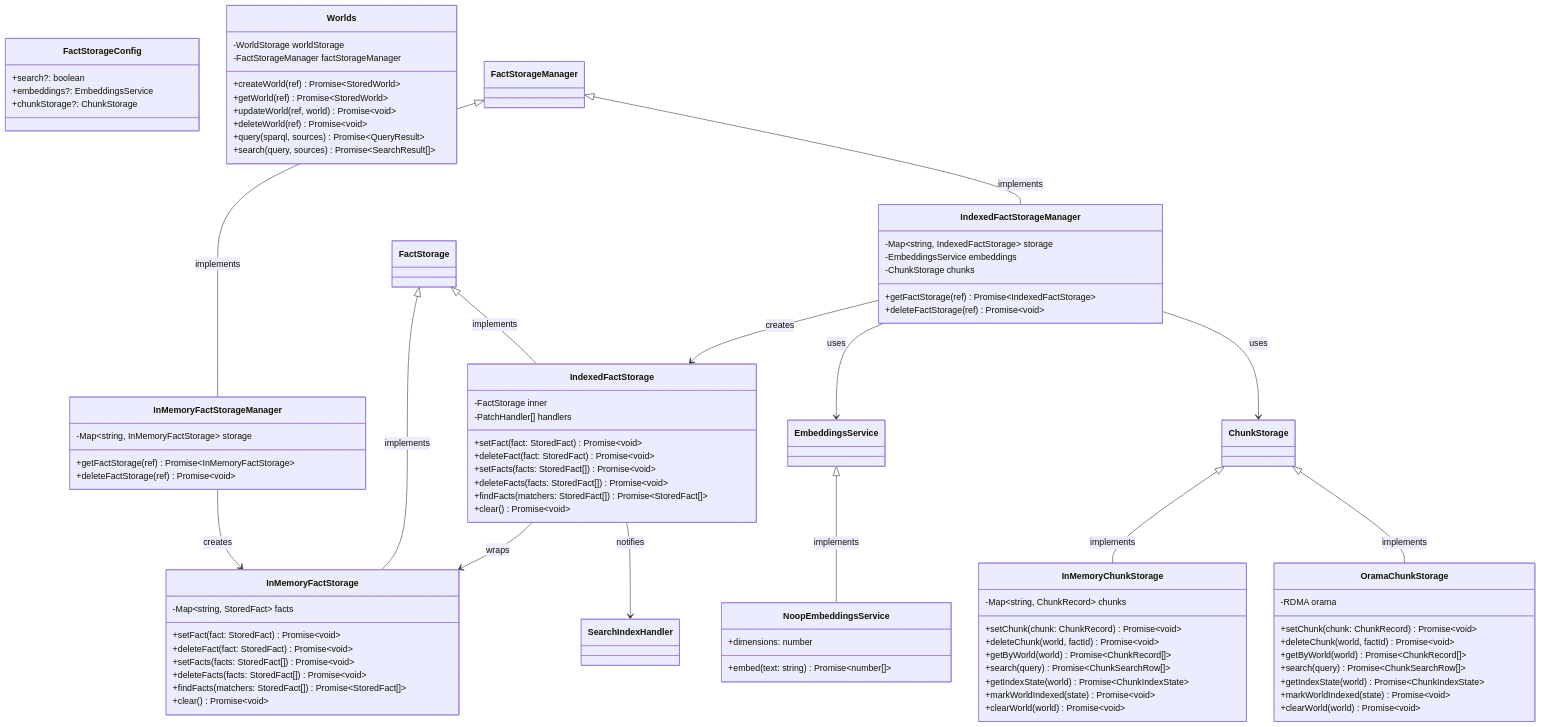
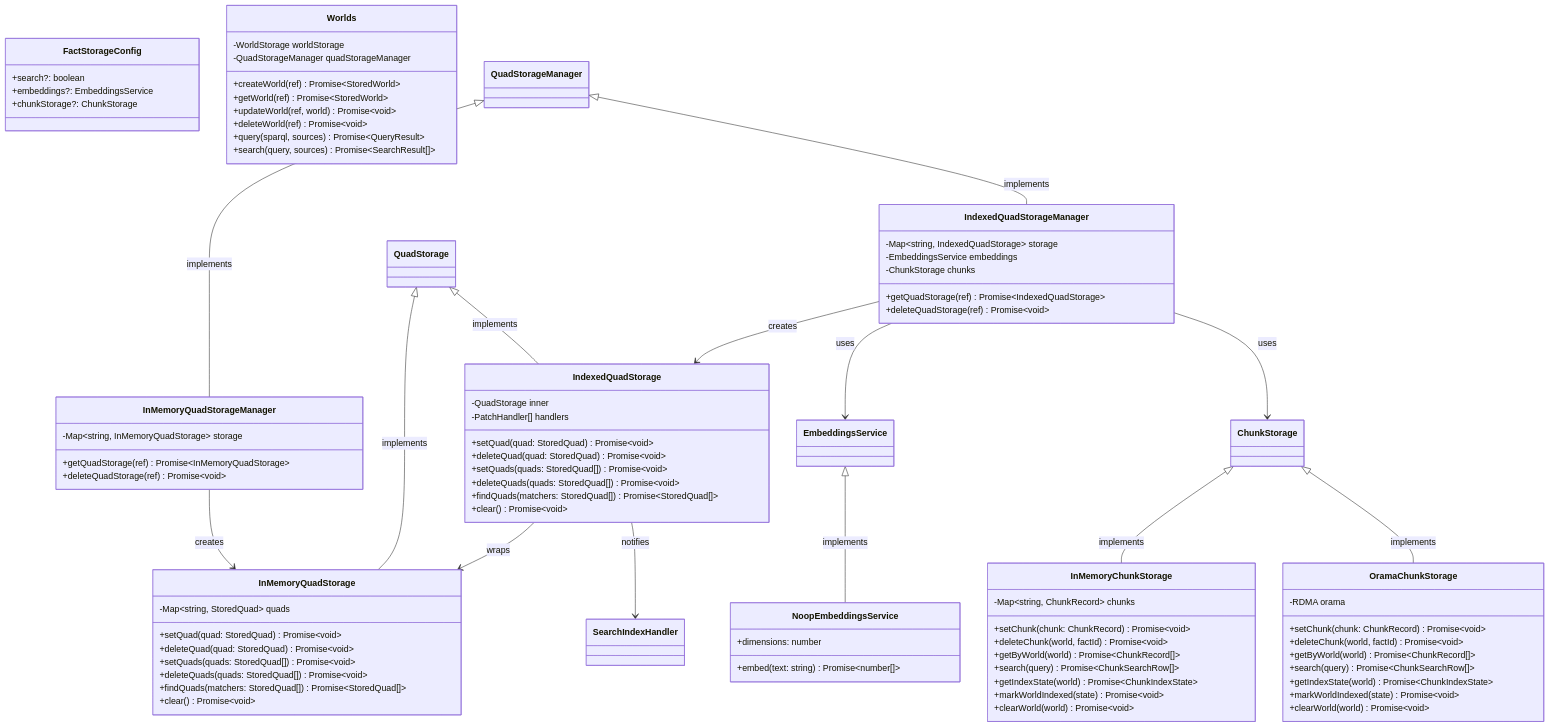
One commit to wazootech/worlds-api changed the fourth of 5 diagrams in docs/ARCHITECTURE.md. Above: the diagram before and after it, drawn with Mermaid. The commit also changed other lines of this file and 27 other files, not shown here.

First line of the commit message:
refactor: rename fact storage APIs to quad storage

```diff
--- a/docs/ARCHITECTURE.md
+++ b/docs/ARCHITECTURE.md
@@ -216,39 +216,39 @@
         +chunkStorage?: ChunkStorage
     }
     
-    class InMemoryFactStorage {
-        -Map~string, StoredFact~ facts
-        +setFact(fact: StoredFact) Promise~void~
-        +deleteFact(fact: StoredFact) Promise~void~
-        +setFacts(facts: StoredFact[]) Promise~void~
-        +deleteFacts(facts: StoredFact[]) Promise~void~
-        +findFacts(matchers: StoredFact[]) Promise~StoredFact[]~
+    class InMemoryQuadStorage {
+        -Map~string, StoredQuad~ quads
+        +setQuad(quad: StoredQuad) Promise~void~
+        +deleteQuad(quad: StoredQuad) Promise~void~
+        +setQuads(quads: StoredQuad[]) Promise~void~
+        +deleteQuads(quads: StoredQuad[]) Promise~void~
+        +findQuads(matchers: StoredQuad[]) Promise~StoredQuad[]~
         +clear() Promise~void~
     }
     
-    class IndexedFactStorage {
-        -FactStorage inner
+    class IndexedQuadStorage {
+        -QuadStorage inner
         -PatchHandler[] handlers
-        +setFact(fact: StoredFact) Promise~void~
-        +deleteFact(fact: StoredFact) Promise~void~
-        +setFacts(facts: StoredFact[]) Promise~void~
-        +deleteFacts(facts: StoredFact[]) Promise~void~
-        +findFacts(matchers: StoredFact[]) Promise~StoredFact[]~
+        +setQuad(quad: StoredQuad) Promise~void~
+        +deleteQuad(quad: StoredQuad) Promise~void~
+        +setQuads(quads: StoredQuad[]) Promise~void~
+        +deleteQuads(quads: StoredQuad[]) Promise~void~
+        +findQuads(matchers: StoredQuad[]) Promise~StoredQuad[]~
         +clear() Promise~void~
     }
     
-    class InMemoryFactStorageManager {
-        -Map~string, InMemoryFactStorage~ storage
-        +getFactStorage(ref) Promise~InMemoryFactStorage~
-        +deleteFactStorage(ref) Promise~void~
+    class InMemoryQuadStorageManager {
+        -Map~string, InMemoryQuadStorage~ storage
+        +getQuadStorage(ref) Promise~InMemoryQuadStorage~
+        +deleteQuadStorage(ref) Promise~void~
     }
     
-    class IndexedFactStorageManager {
-        -Map~string, IndexedFactStorage~ storage
+    class IndexedQuadStorageManager {
+        -Map~string, IndexedQuadStorage~ storage
         -EmbeddingsService embeddings
         -ChunkStorage chunks
-        +getFactStorage(ref) Promise~IndexedFactStorage~
-        +deleteFactStorage(ref) Promise~void~
+        +getQuadStorage(ref) Promise~IndexedQuadStorage~
+        +deleteQuadStorage(ref) Promise~void~
     }
     
     class InMemoryChunkStorage {
@@ -280,7 +280,7 @@
     
     class Worlds {
         -WorldStorage worldStorage
-        -FactStorageManager factStorageManager
+        -QuadStorageManager quadStorageManager
         +createWorld(ref) Promise~StoredWorld~
         +getWorld(ref) Promise~StoredWorld~
         +updateWorld(ref, world) Promise~void~
@@ -289,17 +289,17 @@
         +search(query, sources) Promise~SearchResult[]~
     }
     
-    FactStorage <|-- InMemoryFactStorage: implements
-    FactStorage <|-- IndexedFactStorage: implements
-    IndexedFactStorage --> InMemoryFactStorage: wraps
-    IndexedFactStorage --> SearchIndexHandler: notifies
+    QuadStorage <|-- InMemoryQuadStorage: implements
+    QuadStorage <|-- IndexedQuadStorage: implements
+    IndexedQuadStorage --> InMemoryQuadStorage: wraps
+    IndexedQuadStorage --> SearchIndexHandler: notifies
     
-    FactStorageManager <|-- InMemoryFactStorageManager: implements
-    FactStorageManager <|-- IndexedFactStorageManager: implements
-    InMemoryFactStorageManager --> InMemoryFactStorage: creates
-    IndexedFactStorageManager --> IndexedFactStorage: creates
-    IndexedFactStorageManager --> EmbeddingsService: uses
-    IndexedFactStorageManager --> ChunkStorage: uses
+    QuadStorageManager <|-- InMemoryQuadStorageManager: implements
+    QuadStorageManager <|-- IndexedQuadStorageManager: implements
+    InMemoryQuadStorageManager --> InMemoryQuadStorage: creates
+    IndexedQuadStorageManager --> IndexedQuadStorage: creates
+    IndexedQuadStorageManager --> EmbeddingsService: uses
+    IndexedQuadStorageManager --> ChunkStorage: uses
     
     ChunkStorage <|-- InMemoryChunkStorage: implements
     ChunkStorage <|-- OramaChunkStorage: implements
```
